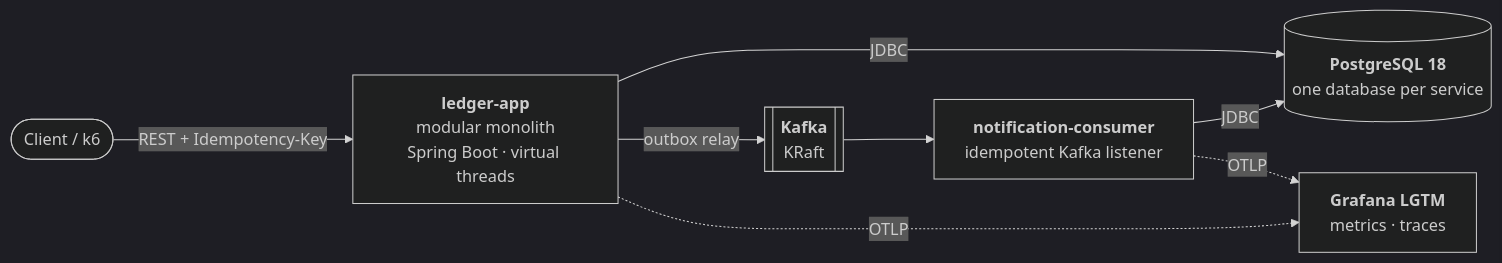
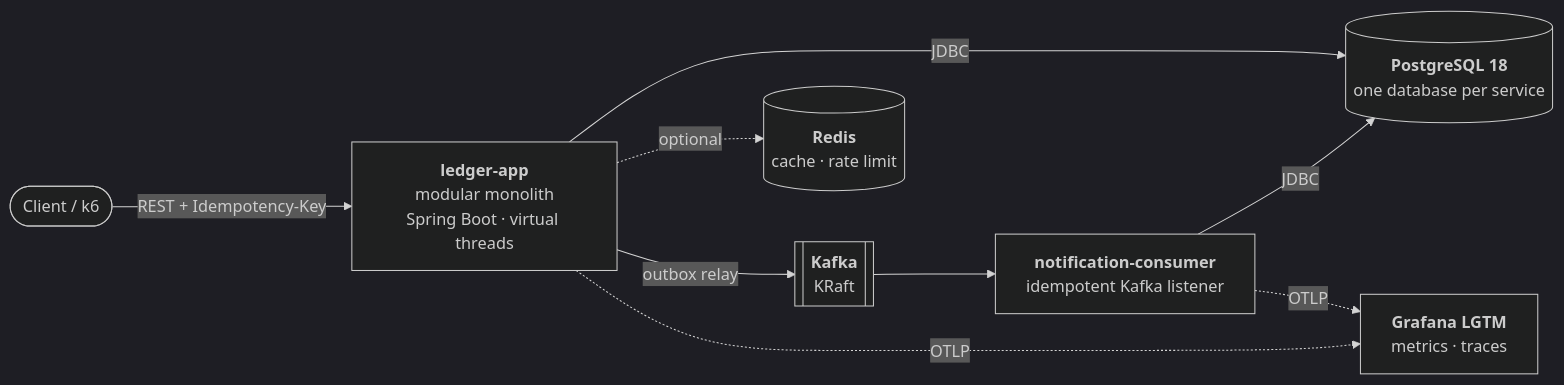
The first of 3 diagrams in README.md (HoangThanhMan/ledgerly), drawn with Mermaid (dark theme) before and after one commit. The commit also changed other lines of this file and 23 other files, not shown here.

Commit message:
Cache event reads and rate limit orders in Redis (#18)

````diff
--- a/README.md
+++ b/README.md
@@ -55,17 +56,19 @@
 ```mermaid
 flowchart LR
     client(["Client / k6"])
     app["<b>ledger-app</b><br/>modular monolith<br/>Spring Boot · virtual threads"]
     consumer["<b>notification-consumer</b><br/>idempotent Kafka listener"]
     pg[("<b>PostgreSQL 18</b><br/>one database per service")]
     kafka[["<b>Kafka</b><br/>KRaft"]]
+    redis[("<b>Redis</b><br/>cache · rate limit")]
     lgtm["<b>Grafana LGTM</b><br/>metrics · traces"]
 
     client -->|"REST + Idempotency-Key"| app
     app -->|JDBC| pg
+    app -.->|"optional"| redis
     app -->|"outbox relay"| kafka
     kafka --> consumer
     consumer -->|JDBC| pg
     app -. OTLP .-> lgtm
     consumer -. OTLP .-> lgtm
 ```
````
